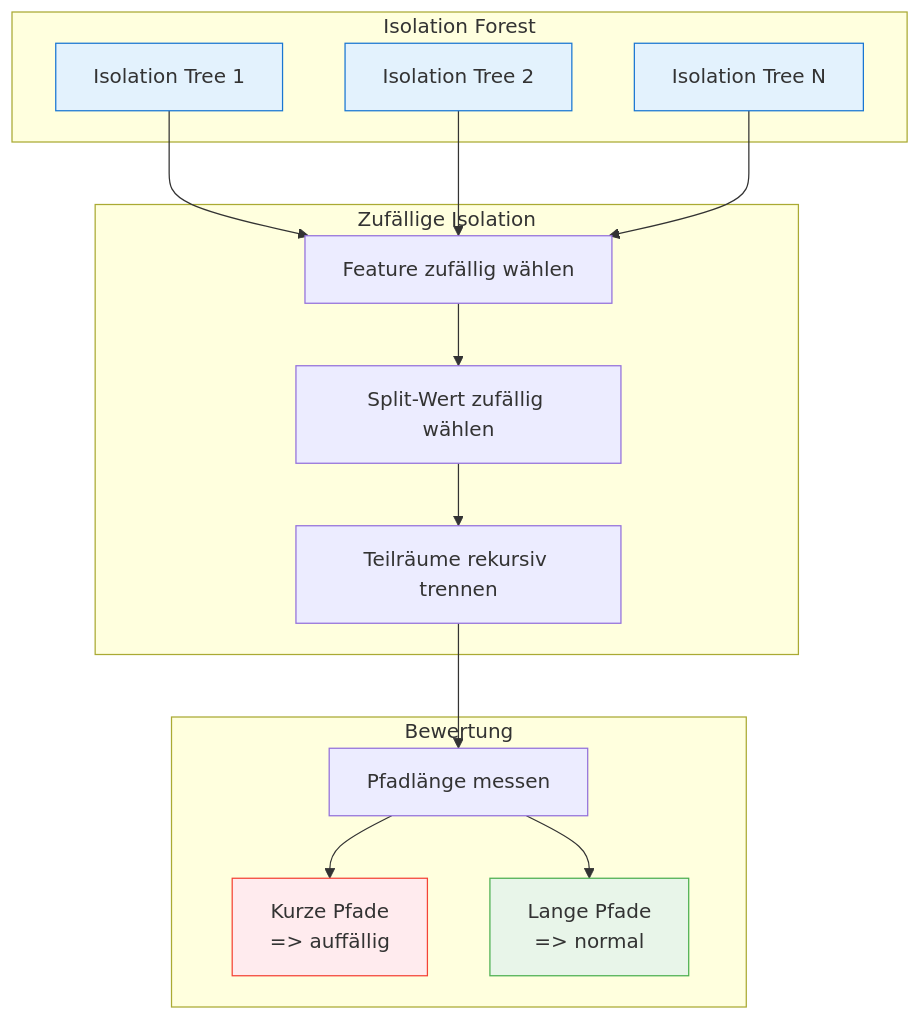
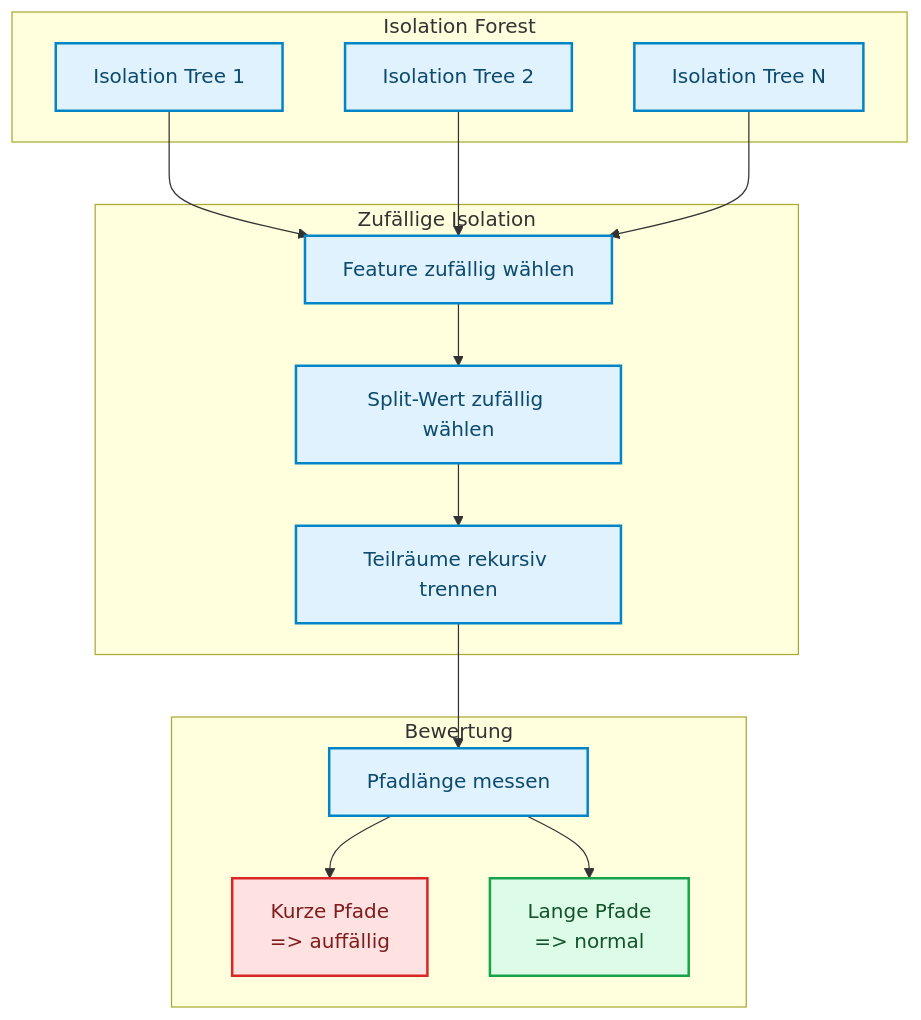
One commit to ralf-42/ML_Intro changed the second of 5 diagrams in docs/concepts/modeling/isolation-forest.md. Above: the diagram before and after it, drawn with Mermaid. The commit also changed other lines of this file and 67 other files, not shown here.

````diff
--- a/docs/concepts/modeling/isolation-forest.md
+++ b/docs/concepts/modeling/isolation-forest.md
@@ -79,35 +82,35 @@
 ```mermaid
 flowchart TD
     subgraph Forest["Isolation Forest"]
         T1["Isolation Tree 1"]
         T2["Isolation Tree 2"]
         T3["Isolation Tree N"]
     end
     
     subgraph Splits["Zufällige Isolation"]
         F["Feature zufällig wählen"]
         V["Split-Wert zufällig wählen"]
         R["Teilräume rekursiv trennen"]
     end
     
     subgraph Bewertung["Bewertung"]
         P["Pfadlänge messen"]
         A["Kurze Pfade<br/>=> auffällig"]
         N["Lange Pfade<br/>=> normal"]
     end
     
     T1 --> F
     T2 --> F
     T3 --> F
     F --> V
     V --> R
     R --> P
     P --> A
     P --> N
-    
-    style T1 fill:#e3f2fd,stroke:#1976d2
-    style T2 fill:#e3f2fd,stroke:#1976d2
-    style T3 fill:#e3f2fd,stroke:#1976d2
-    style A fill:#ffebee,stroke:#f44336
-    style N fill:#e8f5e9,stroke:#4caf50
+
+    classDef default fill:#e0f2fe,stroke:#0284c7,stroke-width:2px,color:#0c4a6e;
+    classDef output fill:#dcfce7,stroke:#16a34a,stroke-width:2px,color:#14532d;
+    classDef stop fill:#fee2e2,stroke:#dc2626,stroke-width:2px,color:#7f1d1d;
+    class N output;
+    class A stop;
 ```
````
